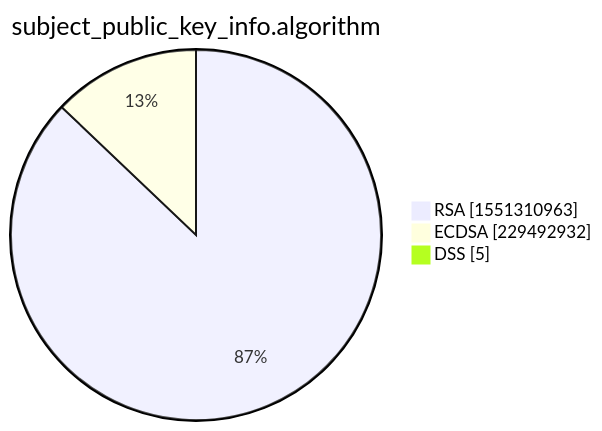
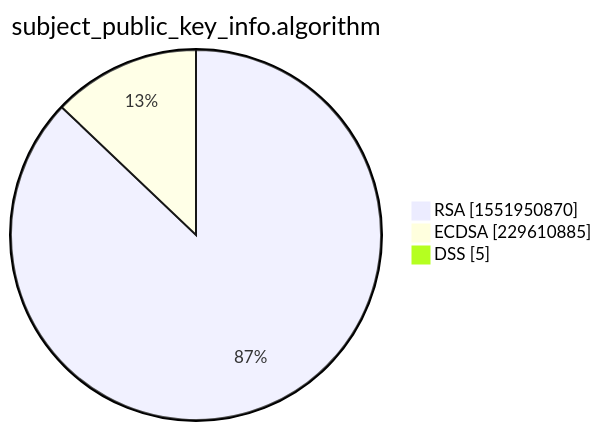
The third of 15 diagrams in xenon2022/README.md (christiankrug/ctmonitor_visualization), drawn with Mermaid before and after one commit. The commit also changed other lines of this file, not shown here.

````diff
--- a/xenon2022/README.md
+++ b/xenon2022/README.md
@@ -14,7 +14,7 @@
 ```mermaid
 pie showData
 title subject_public_key_info.algorithm
-"RSA" :1551310963
-"ECDSA" :229492932
+"RSA" :1551950870
+"ECDSA" :229610885
 "DSS" :5
 ```
````
